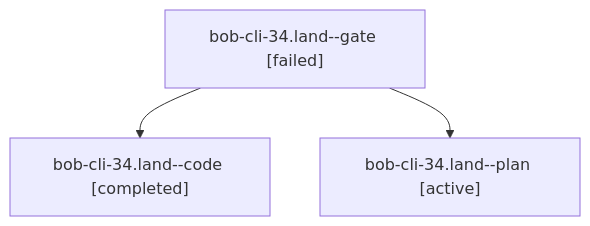
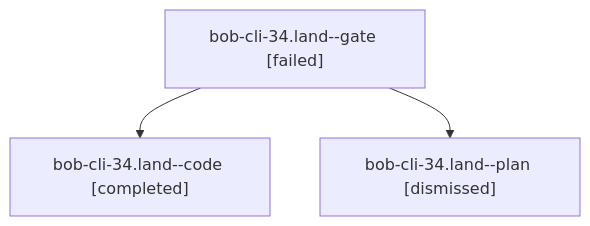
One commit to bobs-org/bob-cli--agents changed the diagram in sessions/bbugyi200.athena.bob-cli-34.land.md. Above: the diagram before and after it, drawn with Mermaid. The commit also changed other lines of this file and 43 other files, not shown here.

````diff
--- a/sessions/bbugyi200.athena.bob-cli-34.land.md
+++ b/sessions/bbugyi200.athena.bob-cli-34.land.md
@@ -9,8 +9,8 @@
 ```mermaid
 flowchart TD
   n0["bob-cli-34.land--gate [failed]"]
   n1["bob-cli-34.land--code [completed]"]
   n0 --> n1
-  n2["bob-cli-34.land--plan [active]"]
+  n2["bob-cli-34.land--plan [dismissed]"]
   n0 --> n2
 ```
````
